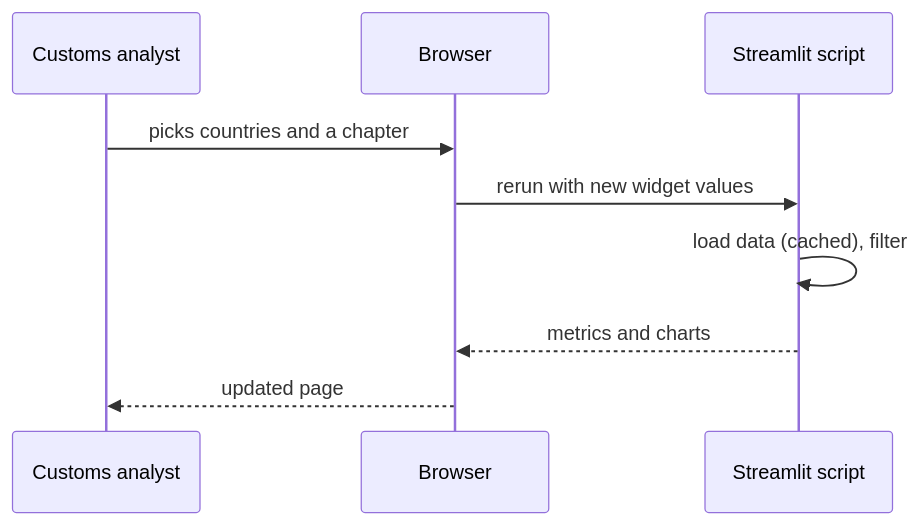
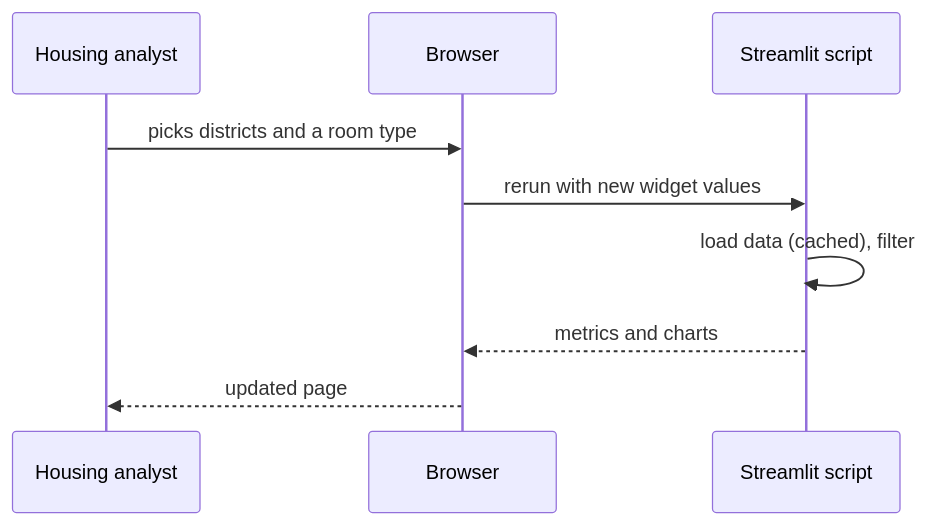
One commit to khoadaniel/statistical-programming-mpmd-htw-ws-2026 changed the second of 2 diagrams in sessions/05-eda-and-statistics/theory/04-correlation-and-communication.md. Above: the diagram before and after it, drawn with Mermaid. The commit also changed other lines of this file and 106 other files, not shown here.

````diff
--- a/sessions/05-eda-and-statistics/theory/04-correlation-and-communication.md
+++ b/sessions/05-eda-and-statistics/theory/04-correlation-and-communication.md
@@ -222,11 +235,11 @@
 ```mermaid
 sequenceDiagram
-    participant U as Customs analyst
+    participant U as Housing analyst
     participant B as Browser
     participant S as Streamlit script
-    U->>B: picks countries and a chapter
+    U->>B: picks districts and a room type
     B->>S: rerun with new widget values
     S->>S: load data (cached), filter
     S-->>B: metrics and charts
     B-->>U: updated page
 ```
````
